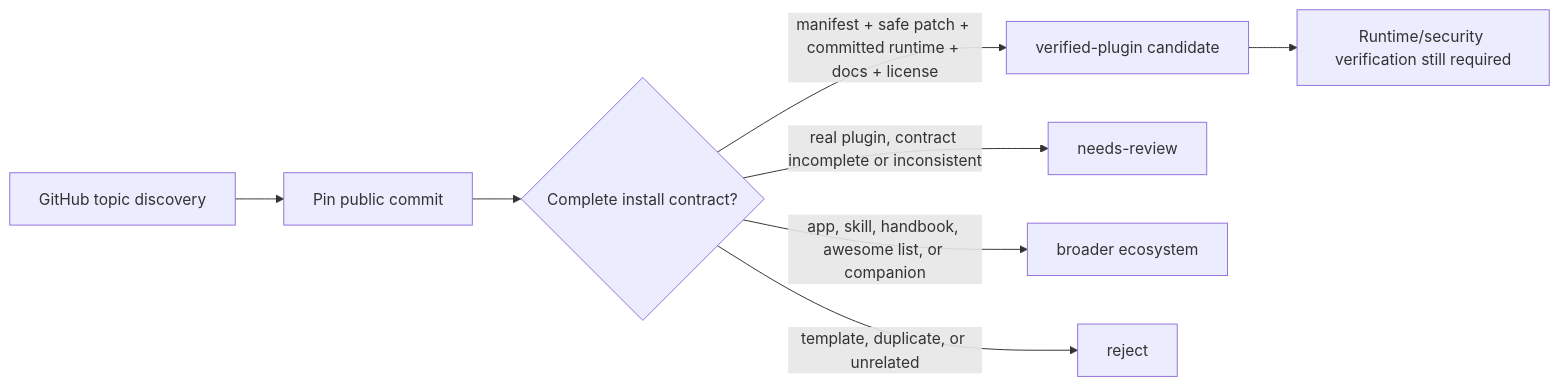
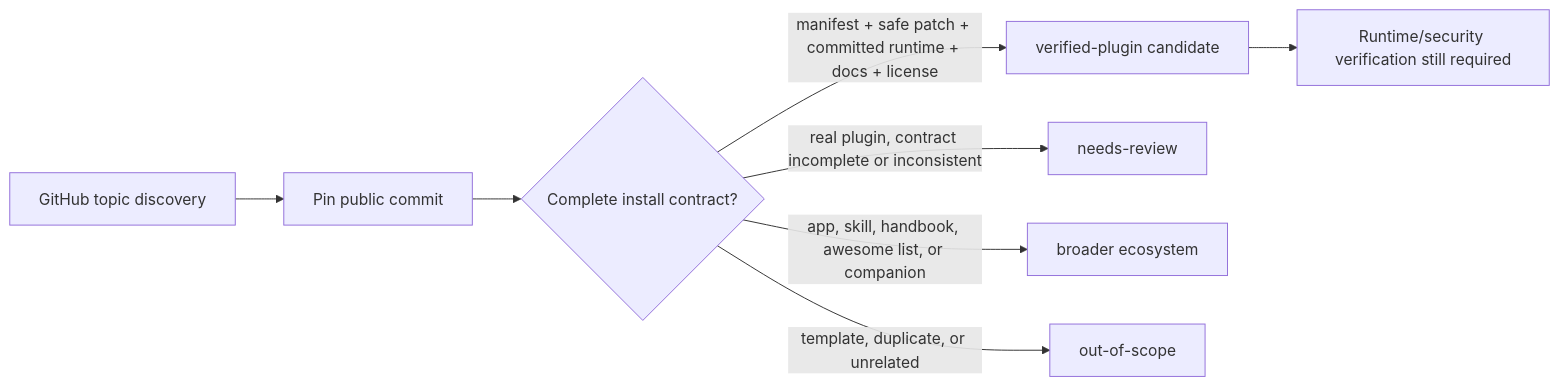
One commit to dsh-pub/dsh-pub changed the diagram in research/dsh-plugin-topic-audit-summary.md. Above: the diagram before and after it, drawn with Mermaid. The commit also changed other lines of this file and 8 other files, not shown here.

````diff
--- a/research/dsh-plugin-topic-audit-summary.md
+++ b/research/dsh-plugin-topic-audit-summary.md
@@ -32,10 +32,10 @@
 ```mermaid
 flowchart LR
   topic["GitHub topic discovery"] --> pinned["Pin public commit"]
   pinned --> contract{"Complete install contract?"}
   contract -->|"manifest + safe patch + committed runtime + docs + license"| verified["verified-plugin candidate"]
   contract -->|"real plugin, contract incomplete or inconsistent"| review["needs-review"]
   contract -->|"app, skill, handbook, awesome list, or companion"| ecosystem["broader ecosystem"]
-  contract -->|"template, duplicate, or unrelated"| reject["reject"]
+  contract -->|"template, duplicate, or unrelated"| outOfScope["out-of-scope"]
   verified --> runtime["Runtime/security verification still required"]
 ```
````
